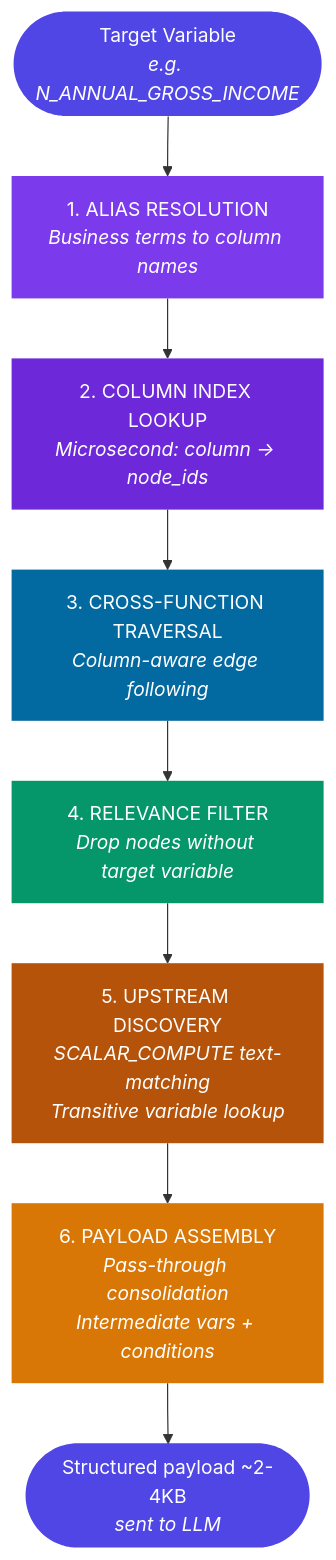
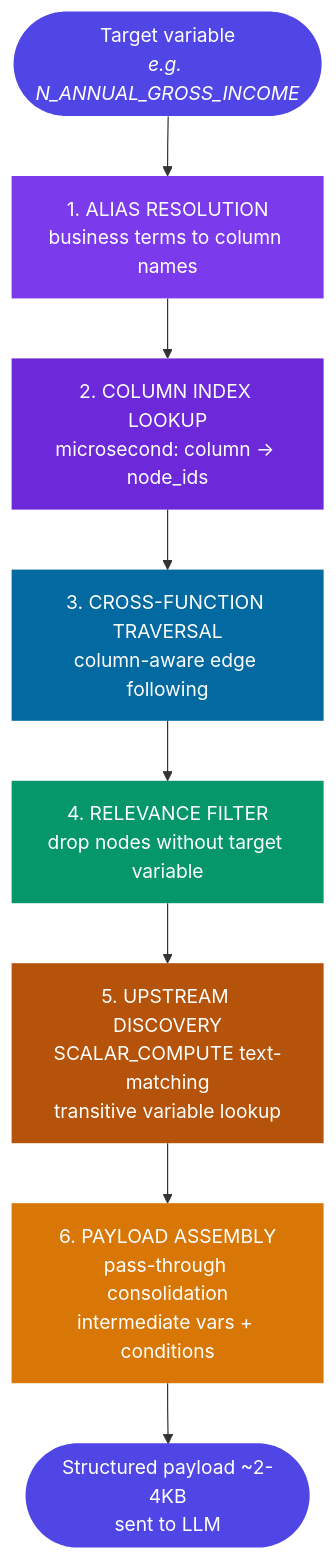
The fifth of 9 diagrams in README.md (OsamaAdeel/R-TIE), drawn with Mermaid before and after one commit. The commit also changed other lines of this file, not shown here.

````diff
--- a/README.md
+++ b/README.md
@@ -382,22 +523,22 @@
 ```mermaid
 flowchart TD
-    TV(["Target Variable<br/><i>e.g. N_ANNUAL_GROSS_INCOME</i>"])
-    AR["1. ALIAS RESOLUTION<br/><i>Business terms to column names</i>"]
-    CI["2. COLUMN INDEX LOOKUP<br/><i>Microsecond: column -> node_ids</i>"]
-    CF["3. CROSS-FUNCTION TRAVERSAL<br/><i>Column-aware edge following</i>"]
-    RF["4. RELEVANCE FILTER<br/><i>Drop nodes without target variable</i>"]
-    UD["5. UPSTREAM DISCOVERY<br/><i>SCALAR_COMPUTE text-matching<br/>Transitive variable lookup</i>"]
-    PA["6. PAYLOAD ASSEMBLY<br/><i>Pass-through consolidation<br/>Intermediate vars + conditions</i>"]
-    OUT(["Structured payload ~2-4KB<br/><i>sent to LLM</i>"])
+    TV(["Target variable<br/><i>e.g. N_ANNUAL_GROSS_INCOME</i>"])
+    AR["1. ALIAS RESOLUTION<br/>business terms to column names"]
+    CI["2. COLUMN INDEX LOOKUP<br/>microsecond: column → node_ids"]
+    CF["3. CROSS-FUNCTION TRAVERSAL<br/>column-aware edge following"]
+    RF["4. RELEVANCE FILTER<br/>drop nodes without target variable"]
+    UD["5. UPSTREAM DISCOVERY<br/>SCALAR_COMPUTE text-matching<br/>transitive variable lookup"]
+    PA["6. PAYLOAD ASSEMBLY<br/>pass-through consolidation<br/>intermediate vars + conditions"]
+    OUT(["Structured payload ~2-4KB<br/>sent to LLM"])
 
     TV --> AR --> CI --> CF --> RF --> UD --> PA --> OUT
 
     style TV fill:#4f46e5,color:#fff,stroke:none
     style AR fill:#7c3aed,color:#fff,stroke:none
     style CI fill:#6d28d9,color:#fff,stroke:none
     style CF fill:#0369a1,color:#fff,stroke:none
     style RF fill:#059669,color:#fff,stroke:none
     style UD fill:#b45309,color:#fff,stroke:none
     style PA fill:#d97706,color:#fff,stroke:none
     style OUT fill:#4f46e5,color:#fff,stroke:none
 ```
````
